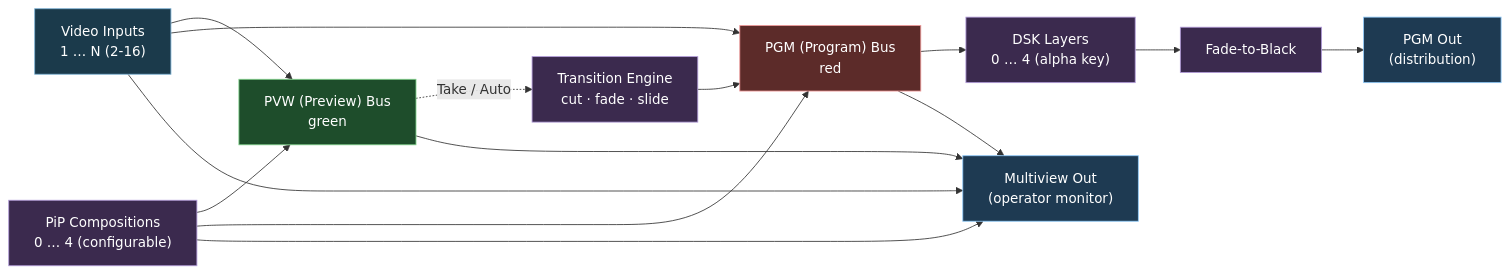
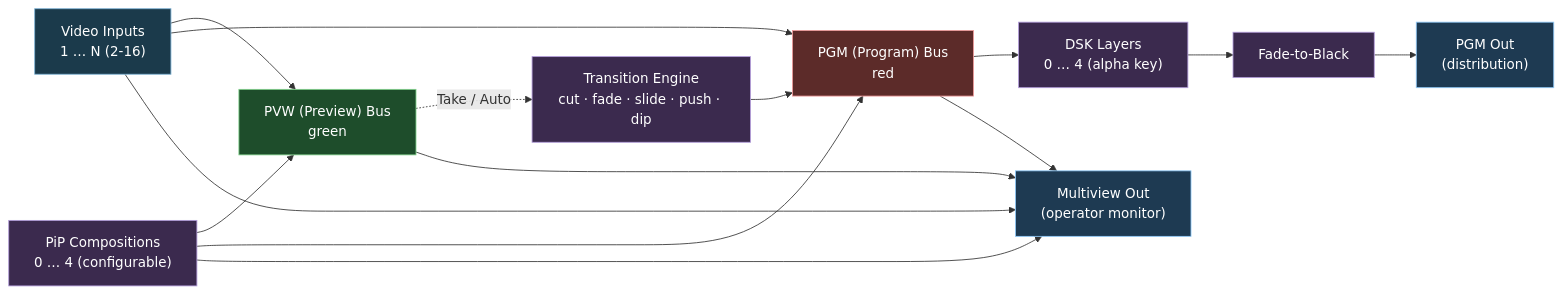
The diagram in docs/VISION_MIXER_OPERATOR_GUIDE.md (Eyevinn/strom), drawn with Mermaid before and after one commit. The commit also changed other lines of this file, not shown here.

````diff
--- a/docs/VISION_MIXER_OPERATOR_GUIDE.md
+++ b/docs/VISION_MIXER_OPERATOR_GUIDE.md
@@ -19,30 +19,30 @@
 ```mermaid
 flowchart LR
     classDef input  fill:#1b3a4b,stroke:#7fb3d5,color:#fff
     classDef stage  fill:#3b2a4e,stroke:#b39ddb,color:#fff
     classDef pvw    fill:#1e4d2b,stroke:#7fd089,color:#fff
     classDef pgm    fill:#5c2b29,stroke:#ef9a9a,color:#fff
     classDef out    fill:#1e3a52,stroke:#90caf9,color:#fff
 
     IN["Video Inputs<br/>1 … N (2-16)"]:::input
     PIPS["PiP Compositions<br/>0 … 4 (configurable)"]:::stage
     PVW["PVW (Preview) Bus<br/>green"]:::pvw
     PGM["PGM (Program) Bus<br/>red"]:::pgm
-    TRANS["Transition Engine<br/>cut · fade · slide"]:::stage
+    TRANS["Transition Engine<br/>cut · fade · slide · push · dip"]:::stage
     DSK["DSK Layers<br/>0 … 4 (alpha key)"]:::stage
     FTB["Fade-to-Black"]:::stage
     PGM_OUT["PGM Out<br/>(distribution)"]:::out
     MV_OUT["Multiview Out<br/>(operator monitor)"]:::out
 
     IN --> PVW
     IN --> PGM
     PIPS --> PVW
     PIPS --> PGM
     PVW -.->|Take / Auto| TRANS
     TRANS --> PGM
     PGM --> DSK --> FTB --> PGM_OUT
     IN --> MV_OUT
     PIPS --> MV_OUT
     PVW --> MV_OUT
     PGM --> MV_OUT
 ```
````
